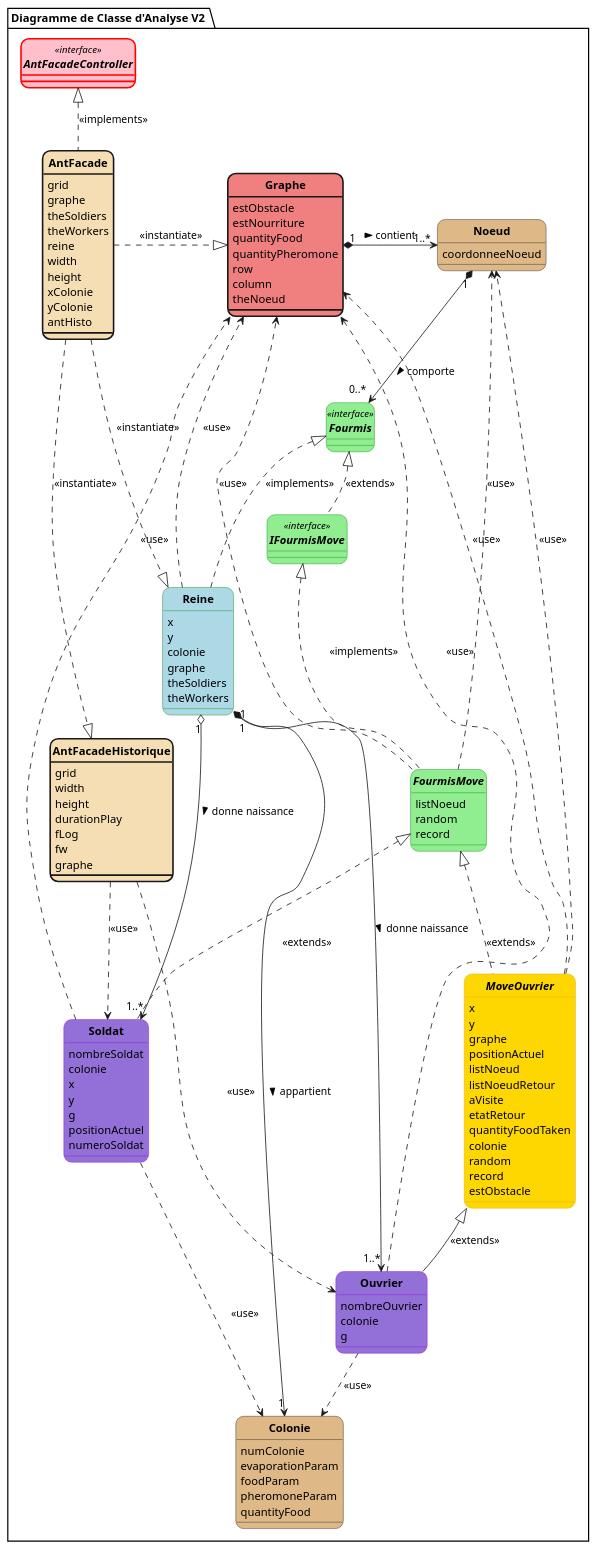
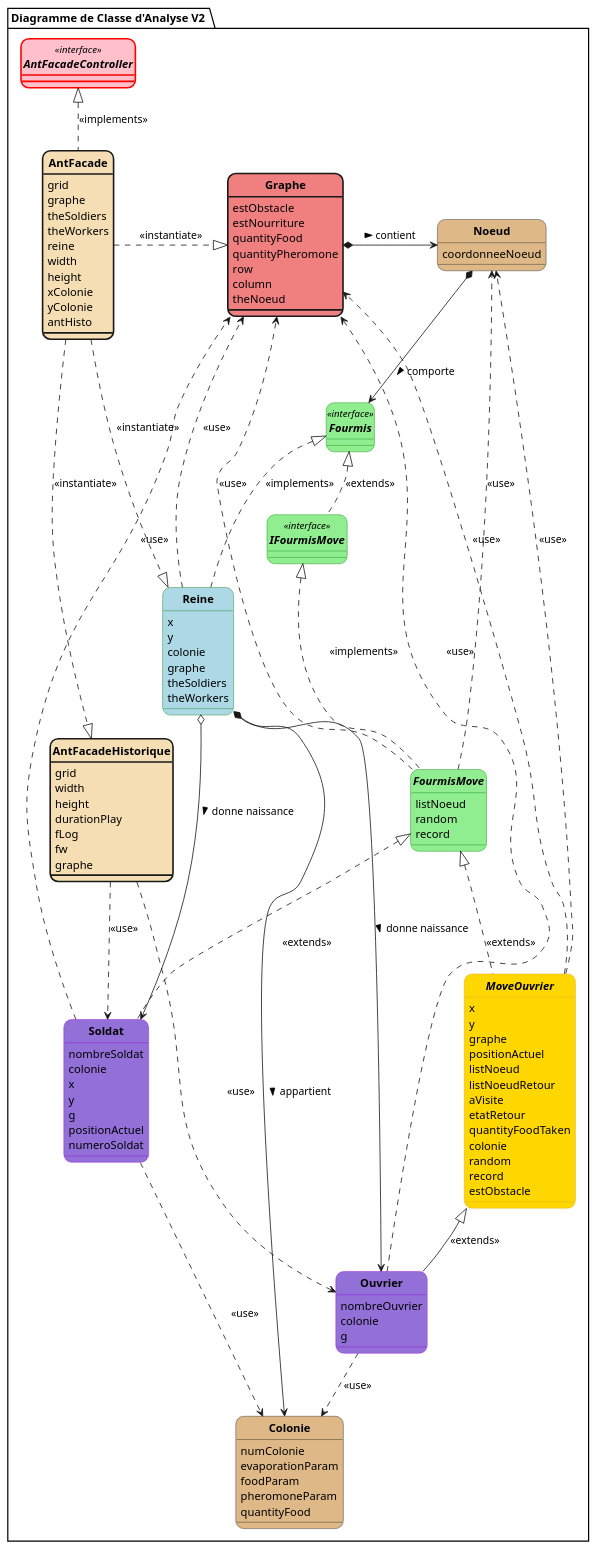
One commit to jvondermarck/ant-colony changed the diagram in plantUML/V2/Fourmis_DC_Analyse.puml. Above: the diagram before and after it, drawn with PlantUML. The commit also changed 78 other files, not shown here.

```diff
--- a/plantUML/V2/Fourmis_DC_Analyse.puml
+++ b/plantUML/V2/Fourmis_DC_Analyse.puml
@@ -1,151 +1,151 @@
 @startuml
 'https://plantuml.com/class-diagram
 
 skinparam style strictuml
 skinparam classAttributeIconSize 0
 skinparam classFontStyle Bold
 skinparam roundcorner 20
 hide enum methods
 
 package "Diagramme de Classe d'Analyse V2 " <<Folder>> {
   interface AntFacadeController <<interface>> #pink ##[bold]red {
 
   }
 
   class Graphe #lightcoral;line.bold {
       estObstacle
       estNourriture
       quantityFood
       quantityPheromone
       row
       column
       theNoeud
   }
 
   class Colonie #burlywood {
       numColonie
       evaporationParam
       foodParam
       pheromoneParam
       quantityFood
   }
 
   class Noeud #burlywood {
       coordonneeNoeud
   }
 
   class AntFacade #back:Wheat;line.bold {
       grid
       graphe
       theSoldiers
       theWorkers
       reine
       width
       height
       xColonie
       yColonie
       antHisto
   }
 
     class AntFacadeHistorique #back:Wheat;line.bold {
         grid
         width
         height
         durationPlay
         fLog
         fw
         graphe
     }
 
   interface Fourmis <<interface>> #lightgreen;line:green {
   }
 
   class Reine #lightblue;line:green {
       x
       y
       colonie
       graphe
       theSoldiers
       theWorkers
   }
 
   interface IFourmisMove <<interface>> #lightgreen;line:green {
 
     }
 
   abstract class FourmisMove #lightgreen;line:green {
      listNoeud
      random
      record
   }
 
     class Soldat #mediumpurple;line:darkviolet {
         nombreSoldat
         colonie
         x
         y
         g
         positionActuel
         numeroSoldat
     }
 
   abstract class MoveOuvrier #gold;line:goldenrod  {
        x
        y
        graphe
        positionActuel
        listNoeud
        listNoeudRetour
        aVisite
        etatRetour
        quantityFoodTaken
        colonie
        random
        record
        estObstacle
   }
 
    class Ouvrier #mediumpurple;line:darkviolet {
         nombreOuvrier
         colonie
         g
     }
 
 }
 
     AntFacadeController <|.. AntFacade : <<implements>>
     AntFacade .right.|> Graphe : <<instantiate>>
     AntFacade ..|> Reine : <<instantiate>>
     AntFacade ..|> AntFacadeHistorique : <<instantiate>>
 
-    Graphe "1" *-right-> "1..*" Noeud : > contient
+    Graphe *-right-> Noeud : > contient
 
-    Reine "1" *-> "1" Colonie : > appartient
-    Noeud "1" *--> "0..*\t" Fourmis : > comporte
+    Reine *->  Colonie : > appartient
+    Noeud *--> Fourmis : > comporte
 
     Fourmis <|.. Reine : <<implements>>
     Fourmis <|.. IFourmisMove : <<extends>>
 
     IFourmisMove <|..FourmisMove : <<implements>>
     FourmisMove <|.. MoveOuvrier : \n\n<<extends>>
     FourmisMove <|.. Soldat : \n\n<<extends>>
 
     MoveOuvrier <|-- Ouvrier : <<extends>>
-    Reine "1" o--> "1..*" Soldat : > donne naissance
-    Reine "1" o--> "1..*" Ouvrier : > donne naissance
+    Reine o--> Soldat : > donne naissance
+    Reine o--> Ouvrier : > donne naissance
 
     Ouvrier ..> Colonie : <<use>>
     Reine ..> Graphe : <<use>>
     Soldat ..> Colonie : <<use>>
     Ouvrier ..> Graphe : <<use>>
     Soldat ..> Graphe : <<use>>
     FourmisMove ..> Noeud : <<use>>
     FourmisMove ..> Graphe : <<use>>
     MoveOuvrier ..> Noeud : <<use>>
     MoveOuvrier ..> Graphe : <<use>>
     AntFacadeHistorique ..> Soldat : <<use>>
     AntFacadeHistorique ..> Ouvrier : <<use>>
 
 
 
 @enduml
```
